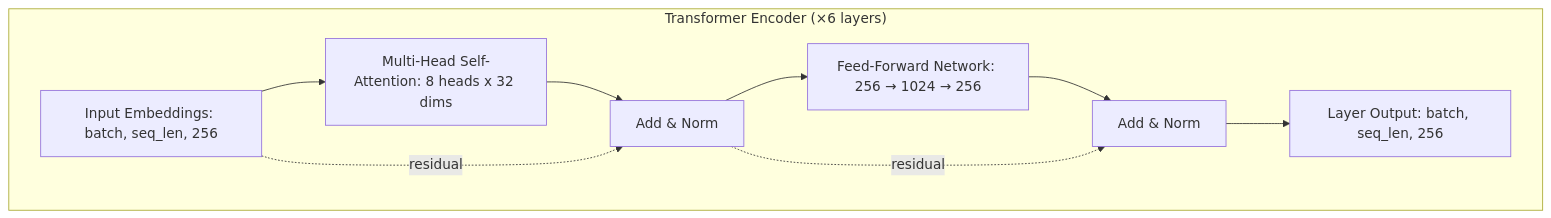
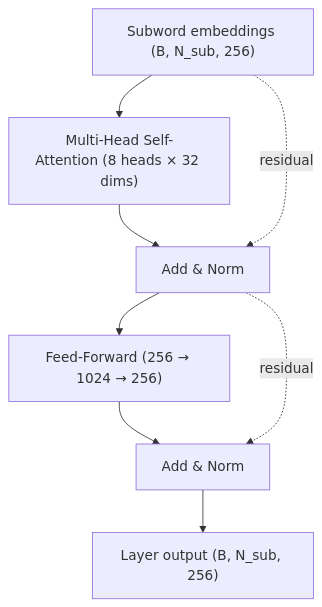
The second of 2 diagrams in docs/architecture.md (vimalk78/yaml-bert), drawn with Mermaid before and after one commit. The commit also changed other lines of this file and 21 other files, not shown here.

````diff
--- a/docs/architecture.md
+++ b/docs/architecture.md
@@ -255,19 +262,17 @@
 ```mermaid
 graph TD
-    subgraph "Transformer Encoder (×6 layers)"
-        IN["Input Embeddings: batch, seq_len, 256"]
-        SA["Multi-Head Self-Attention: 8 heads x 32 dims"]
-        ADD1["Add & Norm"]
-        FF["Feed-Forward Network: 256 → 1024 → 256"]
-        ADD2["Add & Norm"]
-        OUT["Layer Output: batch, seq_len, 256"]
+    IN["Subword embeddings (B, N_sub, 256)"]
+    SA["Multi-Head Self-Attention (8 heads × 32 dims)"]
+    ADD1["Add & Norm"]
+    FF["Feed-Forward (256 → 1024 → 256)"]
+    ADD2["Add & Norm"]
+    OUT["Layer output (B, N_sub, 256)"]
 
-        IN --> SA
-        SA --> ADD1
-        IN -.->|"residual"| ADD1
-        ADD1 --> FF
-        FF --> ADD2
-        ADD1 -.->|"residual"| ADD2
-        ADD2 --> OUT
-    end
+    IN --> SA
+    SA --> ADD1
+    IN -.->|residual| ADD1
+    ADD1 --> FF
+    FF --> ADD2
+    ADD1 -.->|residual| ADD2
+    ADD2 --> OUT
 ```
````
